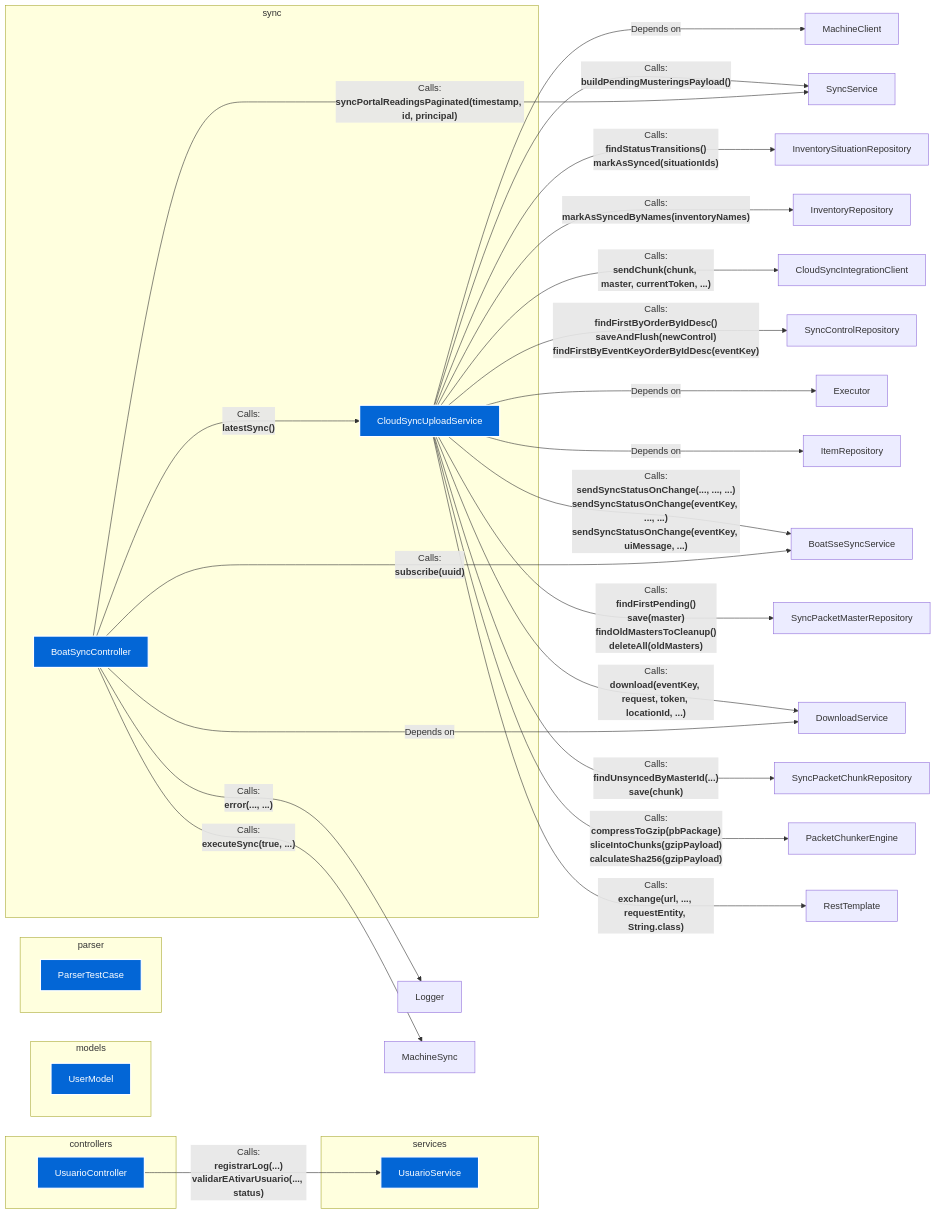
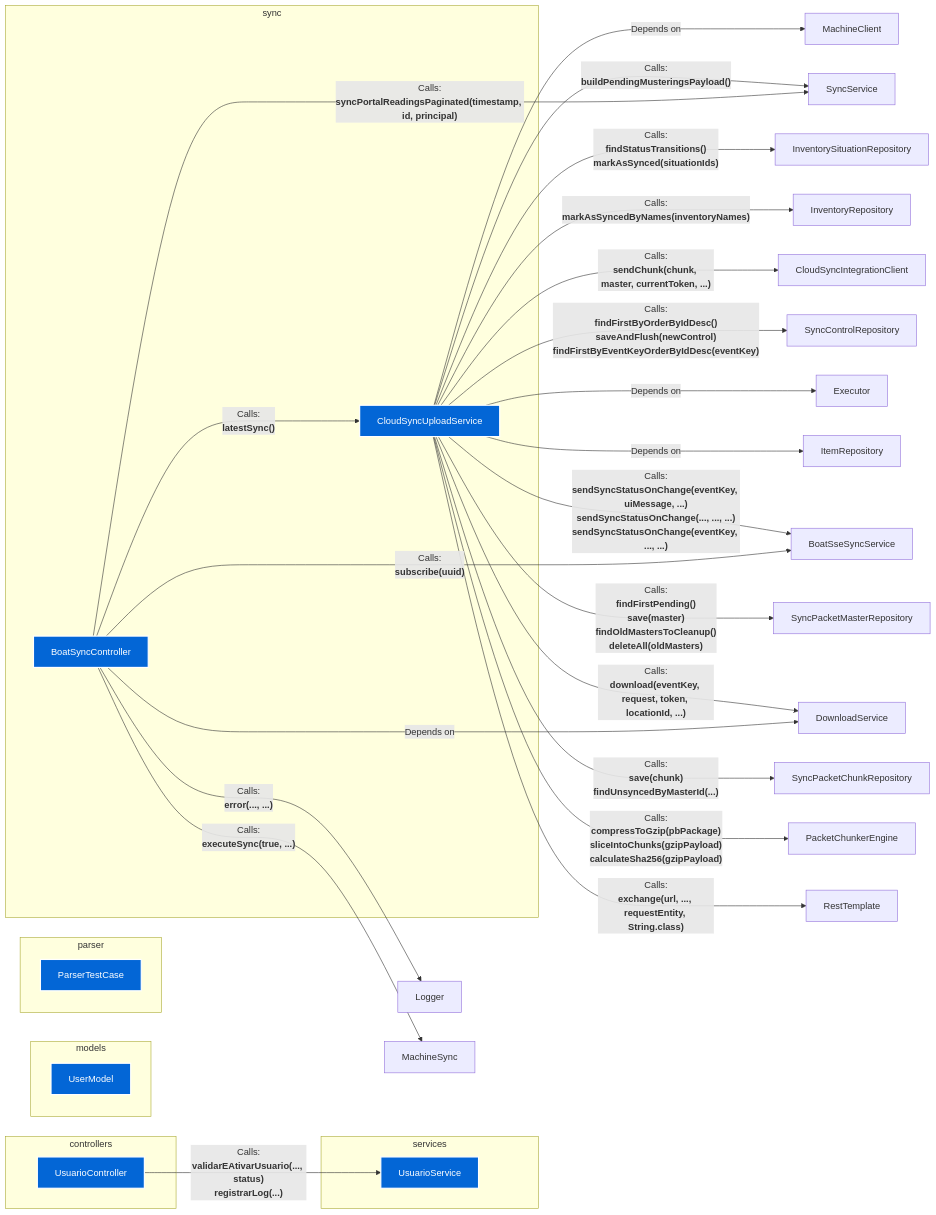
The diagram in docs/00_Architecture_Overview.md (FelipeMCassiano/geanky), drawn with Mermaid before and after one commit. The commit also changed 6 other files, not shown here.

```diff
--- a/docs/00_Architecture_Overview.md
+++ b/docs/00_Architecture_Overview.md
@@ -51,7 +51,7 @@
     
         
         
-            UsuarioController -->|"Calls:<br><b>registrarLog(...)<br>validarEAtivarUsuario(..., status)</b>"| UsuarioService
+            UsuarioController -->|"Calls:<br><b>validarEAtivarUsuario(..., status)<br>registrarLog(...)</b>"| UsuarioService
         
     
     
@@ -179,7 +179,7 @@
     
         
         
-            CloudSyncUploadService -->|"Calls:<br><b>sendSyncStatusOnChange(..., ..., ...)<br>sendSyncStatusOnChange(eventKey, ..., ...)<br>sendSyncStatusOnChange(eventKey, uiMessage, ...)</b>"| BoatSseSyncService
+            CloudSyncUploadService -->|"Calls:<br><b>sendSyncStatusOnChange(eventKey, uiMessage, ...)<br>sendSyncStatusOnChange(..., ..., ...)<br>sendSyncStatusOnChange(eventKey, ..., ...)</b>"| BoatSseSyncService
         
     
     
@@ -214,7 +214,7 @@
     
         
         
-            CloudSyncUploadService -->|"Calls:<br><b>findUnsyncedByMasterId(...)<br>save(chunk)</b>"| SyncPacketChunkRepository
+            CloudSyncUploadService -->|"Calls:<br><b>save(chunk)<br>findUnsyncedByMasterId(...)</b>"| SyncPacketChunkRepository
         
     
     
```
